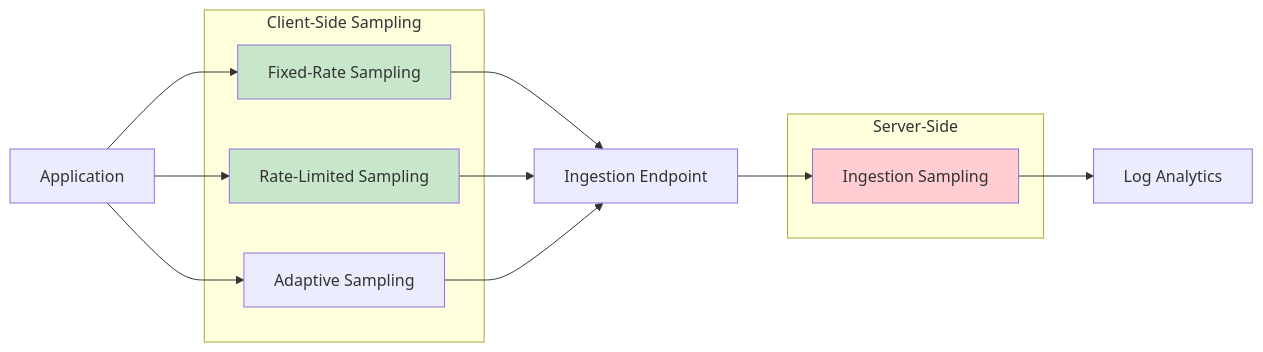
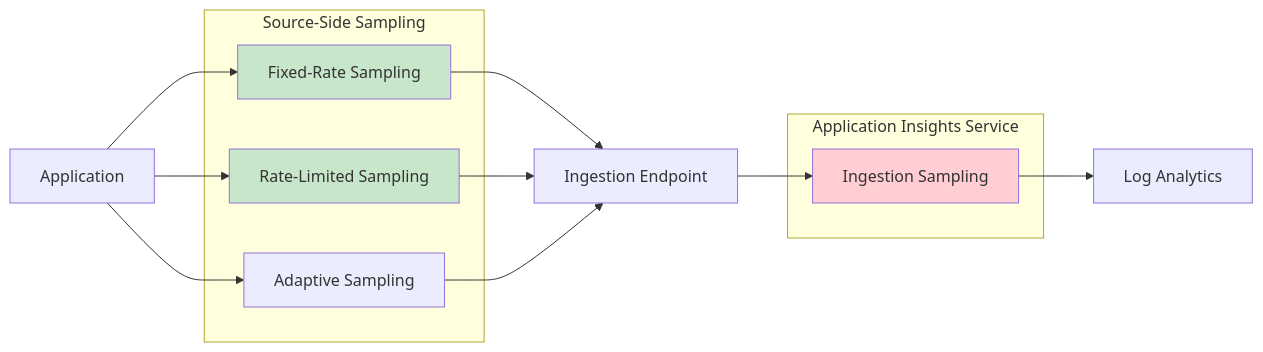
Before and after one commit to CalinL/azure-architecture-guidance: the seventh of 13 diagrams in monitor/application-insights-comprehensive-guide.md, drawn with Mermaid. The commit also changed other lines of this file, not shown here.

Commit message:
docs: enhance Application Insights guide with detailed Cloud Role Name configuration and OpenTelemetry setup instructions

````diff
--- a/monitor/application-insights-comprehensive-guide.md
+++ b/monitor/application-insights-comprehensive-guide.md
@@ -654,25 +669,25 @@
 ```mermaid
 flowchart LR
-    subgraph "Client-Side Sampling"
+  subgraph "Source-Side Sampling"
         FIXED[Fixed-Rate Sampling]
         RATE[Rate-Limited Sampling]
         ADAPTIVE[Adaptive Sampling]
     end
     
-    subgraph "Server-Side"
+  subgraph "Application Insights Service"
         INGEST[Ingestion Sampling]
     end
     
     APP[Application] --> FIXED
     APP --> RATE
     APP --> ADAPTIVE
     FIXED --> ENDPOINT[Ingestion Endpoint]
     RATE --> ENDPOINT
     ADAPTIVE --> ENDPOINT
     ENDPOINT --> INGEST
     INGEST --> LA[Log Analytics]
     
     style FIXED fill:#c8e6c9
     style RATE fill:#c8e6c9
     style INGEST fill:#ffcdd2
 ```
````
